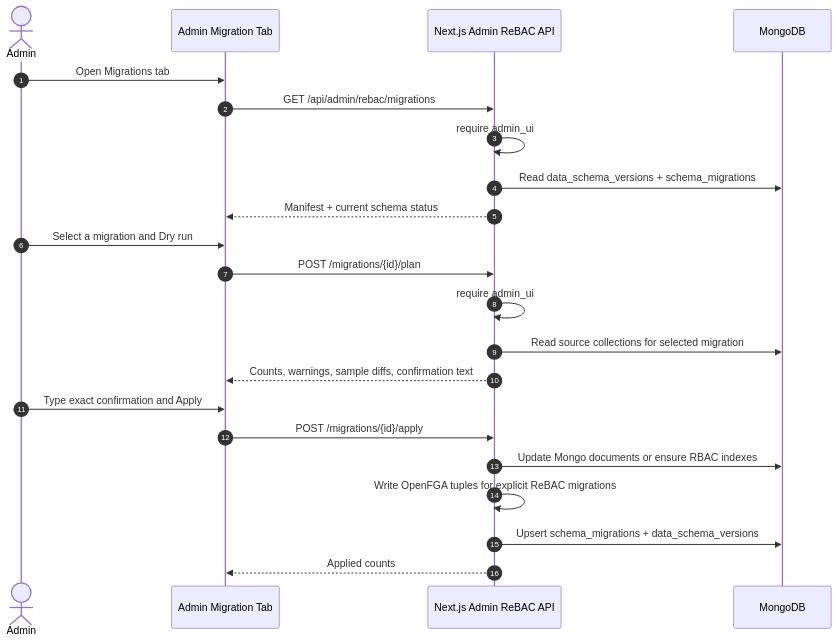
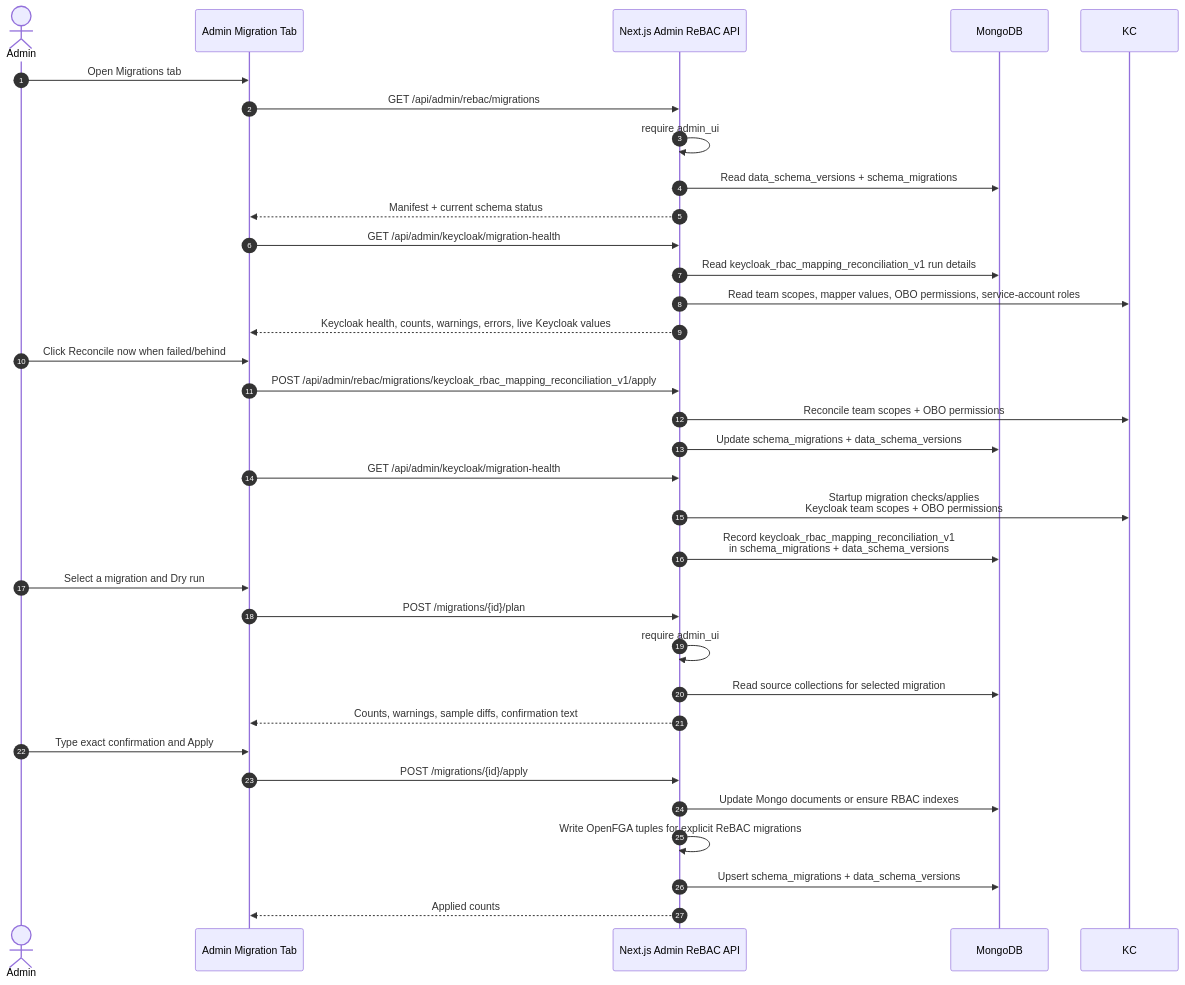
One commit to cnoe-io/ai-platform-engineering changed the fifth of 8 diagrams in docs/docs/security/rbac/workflows.md. Above: the diagram before and after it, drawn with Mermaid. The commit also changed other lines of this file and 66 other files, not shown here.

First line of the commit message:
feat(rbac): add migration health and connector onboarding

````diff
--- a/docs/docs/security/rbac/workflows.md
+++ b/docs/docs/security/rbac/workflows.md
@@ -314,25 +357,36 @@
 ```mermaid
 sequenceDiagram
     autonumber
     actor Admin
     participant UI as Admin Migration Tab
     participant BFF as Next.js Admin ReBAC API
     participant MDB as MongoDB
 
     Admin->>UI: Open Migrations tab
     UI->>BFF: GET /api/admin/rebac/migrations
     BFF->>BFF: require admin_ui#admin
     BFF->>MDB: Read data_schema_versions + schema_migrations
     BFF-->>UI: Manifest + current schema status
+    UI->>BFF: GET /api/admin/keycloak/migration-health
+    BFF->>MDB: Read keycloak_rbac_mapping_reconciliation_v1 run details
+    BFF->>KC: Read team scopes, mapper values, OBO permissions, service-account roles
+    BFF-->>UI: Keycloak health, counts, warnings, errors, live Keycloak values
+    Admin->>UI: Click Reconcile now when failed/behind
+    UI->>BFF: POST /api/admin/rebac/migrations/keycloak_rbac_mapping_reconciliation_v1/apply
+    BFF->>KC: Reconcile team scopes + OBO permissions
+    BFF->>MDB: Update schema_migrations + data_schema_versions
+    UI->>BFF: GET /api/admin/keycloak/migration-health
+    BFF->>KC: Startup migration checks/applies<br/>Keycloak team scopes + OBO permissions
+    BFF->>MDB: Record keycloak_rbac_mapping_reconciliation_v1<br/>in schema_migrations + data_schema_versions
     Admin->>UI: Select a migration and Dry run
     UI->>BFF: POST /migrations/{id}/plan
     BFF->>BFF: require admin_ui#admin
     BFF->>MDB: Read source collections for selected migration
     BFF-->>UI: Counts, warnings, sample diffs, confirmation text
     Admin->>UI: Type exact confirmation and Apply
     UI->>BFF: POST /migrations/{id}/apply
     BFF->>MDB: Update Mongo documents or ensure RBAC indexes
     BFF->>BFF: Write OpenFGA tuples for explicit ReBAC migrations
     BFF->>MDB: Upsert schema_migrations + data_schema_versions
     BFF-->>UI: Applied counts
 ```
````
